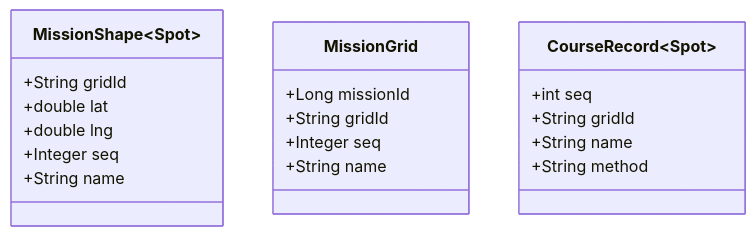
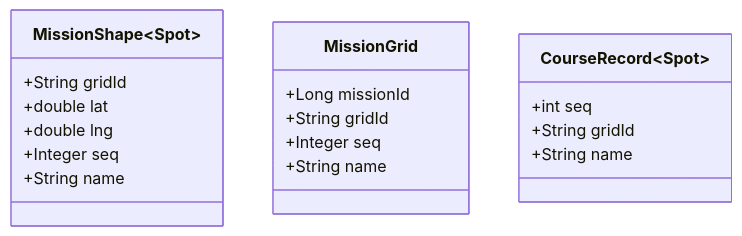
Before and after one commit to ASM-MSG/BE: the third of 3 diagrams in docs/prd/MSG-492-prd.md, drawn with Mermaid. The commit also changed other lines of this file and 1 other file, not shown here.

````diff
--- a/docs/prd/MSG-492-prd.md
+++ b/docs/prd/MSG-492-prd.md
@@ -134,22 +139,21 @@
 ```mermaid
 classDiagram
     class MissionShape~Spot~ {
         +String gridId
         +double lat
         +double lng
         +Integer seq
         +String name
     }
     class MissionGrid {
         +Long missionId
         +String gridId
         +Integer seq
         +String name
     }
     class CourseRecord~Spot~ {
         +int seq
         +String gridId
         +String name
-        +String method
     }
 ```
````
